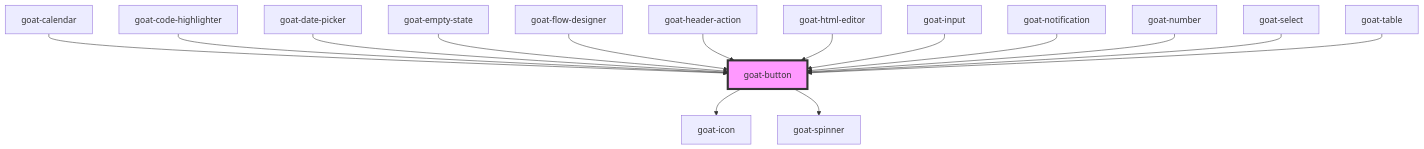
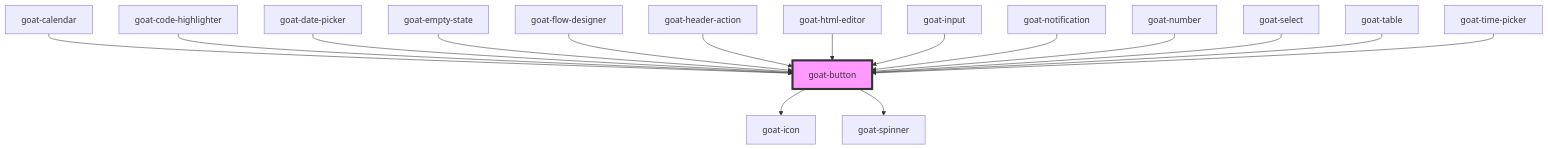
One commit to goatui/components changed the diagram in src/components/general/button/readme.md. Above: the diagram before and after it, drawn with Mermaid. The commit also changed other lines of this file and 41 other files, not shown here.

````diff
--- a/src/components/general/button/readme.md
+++ b/src/components/general/button/readme.md
@@ -94,18 +95,19 @@
 ```mermaid
 graph TD;
   goat-button --> goat-icon
   goat-button --> goat-spinner
   goat-calendar --> goat-button
   goat-code-highlighter --> goat-button
   goat-date-picker --> goat-button
   goat-empty-state --> goat-button
   goat-flow-designer --> goat-button
   goat-header-action --> goat-button
   goat-html-editor --> goat-button
   goat-input --> goat-button
   goat-notification --> goat-button
   goat-number --> goat-button
   goat-select --> goat-button
   goat-table --> goat-button
+  goat-time-picker --> goat-button
   style goat-button fill:#f9f,stroke:#333,stroke-width:4px
 ```
````
